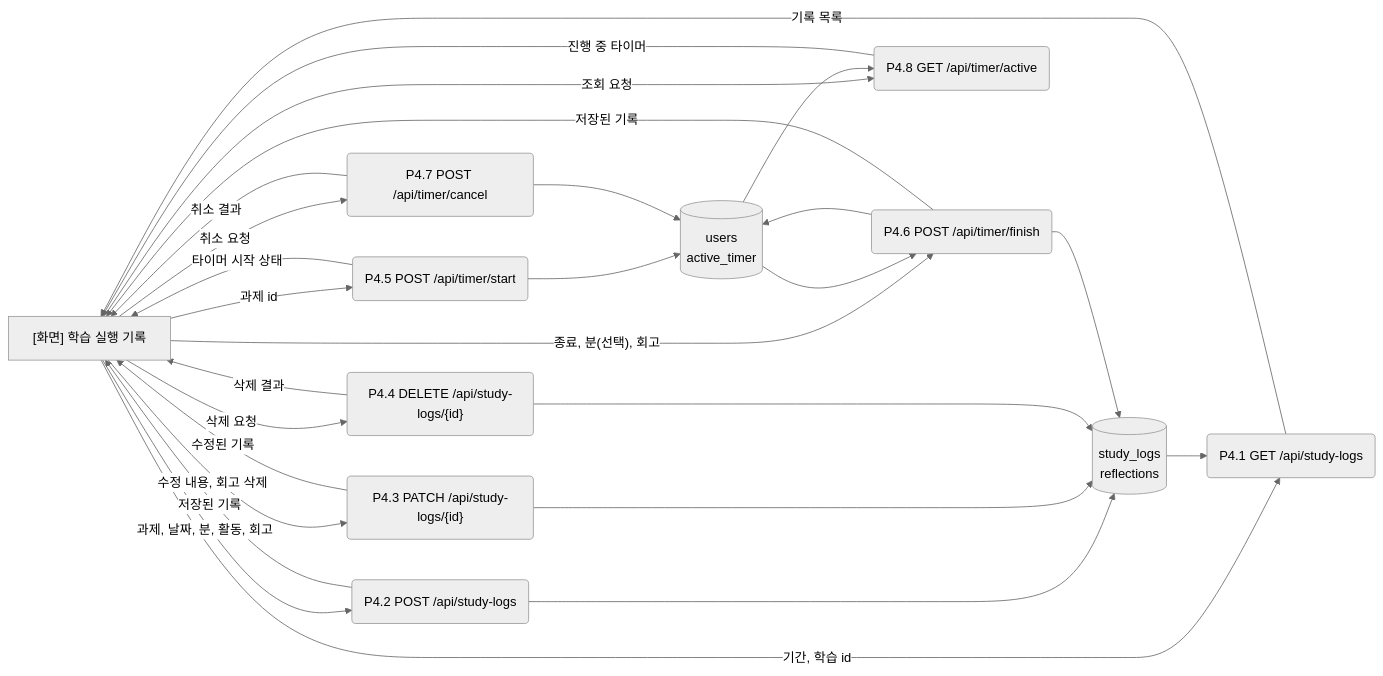
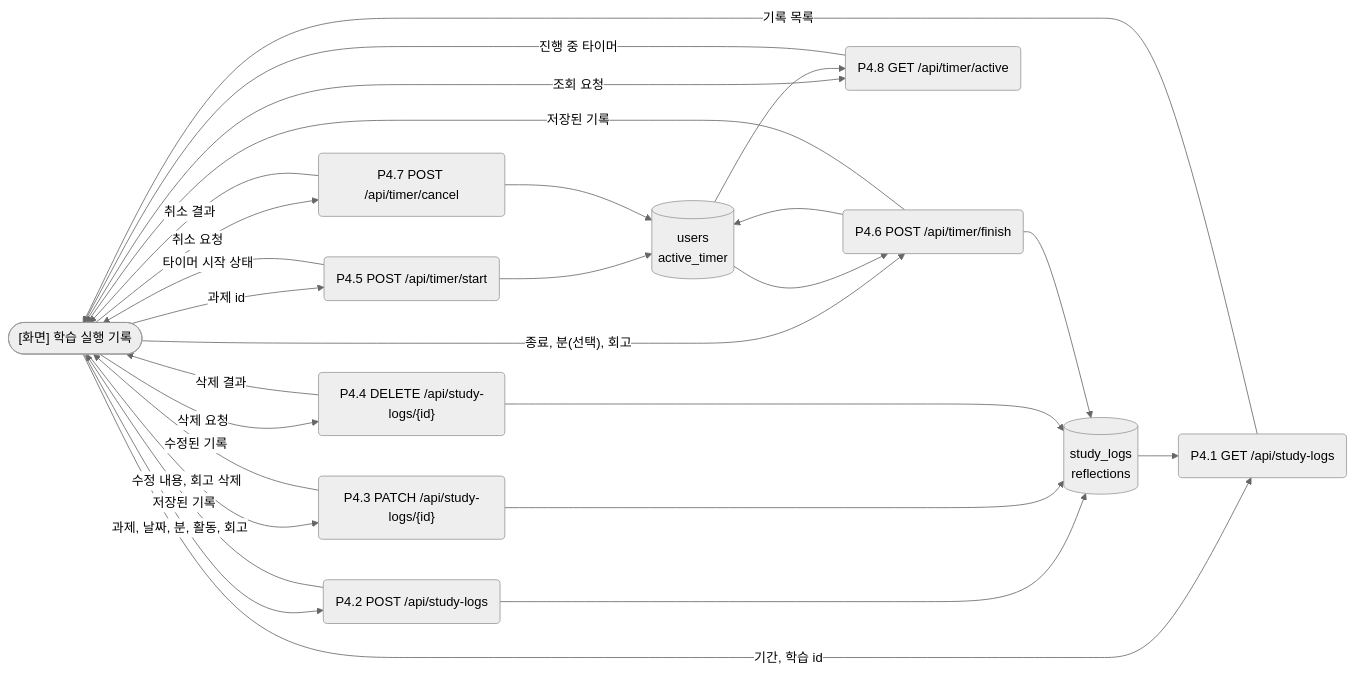
Before and after one commit to yong05610/ai-n-fprj: the seventh of 12 diagrams in docs/architecture_dfd.md, drawn with Mermaid (neutral theme). The commit also changed other lines of this file, not shown here.

````diff
--- a/docs/architecture_dfd.md
+++ b/docs/architecture_dfd.md
@@ -272,41 +272,41 @@
 ```mermaid
 flowchart LR
-    S["[화면] 학습 실행 기록"]
+    S(["[화면] 학습 실행 기록"])
     P41("P4.1 GET /api/study-logs")
     P42("P4.2 POST /api/study-logs")
     P43("P4.3 PATCH /api/study-logs/{id}")
     P44("P4.4 DELETE /api/study-logs/{id}")
     P45("P4.5 POST /api/timer/start")
     P46("P4.6 POST /api/timer/finish")
     P47("P4.7 POST /api/timer/cancel")
     P48("P4.8 GET /api/timer/active")
     DL[("study_logs<br/>reflections")]
     DU[("users<br/>active_timer")]
 
     S -->|"기간, 학습 id"| P41
     DL --> P41
     P41 -->|"기록 목록"| S
     S -->|"과제, 날짜, 분, 활동, 회고"| P42
     P42 --> DL
     P42 -->|"저장된 기록"| S
     S -->|"수정 내용, 회고 삭제"| P43
     P43 --> DL
     P43 -->|"수정된 기록"| S
     S -->|"삭제 요청"| P44
     P44 --> DL
     P44 -->|"삭제 결과"| S
     S -->|"과제 id"| P45
     P45 --> DU
     P45 -->|"타이머 시작 상태"| S
     S -->|"종료, 분(선택), 회고"| P46
     DU --> P46
     P46 --> DL
     P46 --> DU
     P46 -->|"저장된 기록"| S
     S -->|"취소 요청"| P47
     P47 --> DU
     P47 -->|"취소 결과"| S
     S -->|"조회 요청"| P48
     DU --> P48
     P48 -->|"진행 중 타이머"| S
 ```
````
